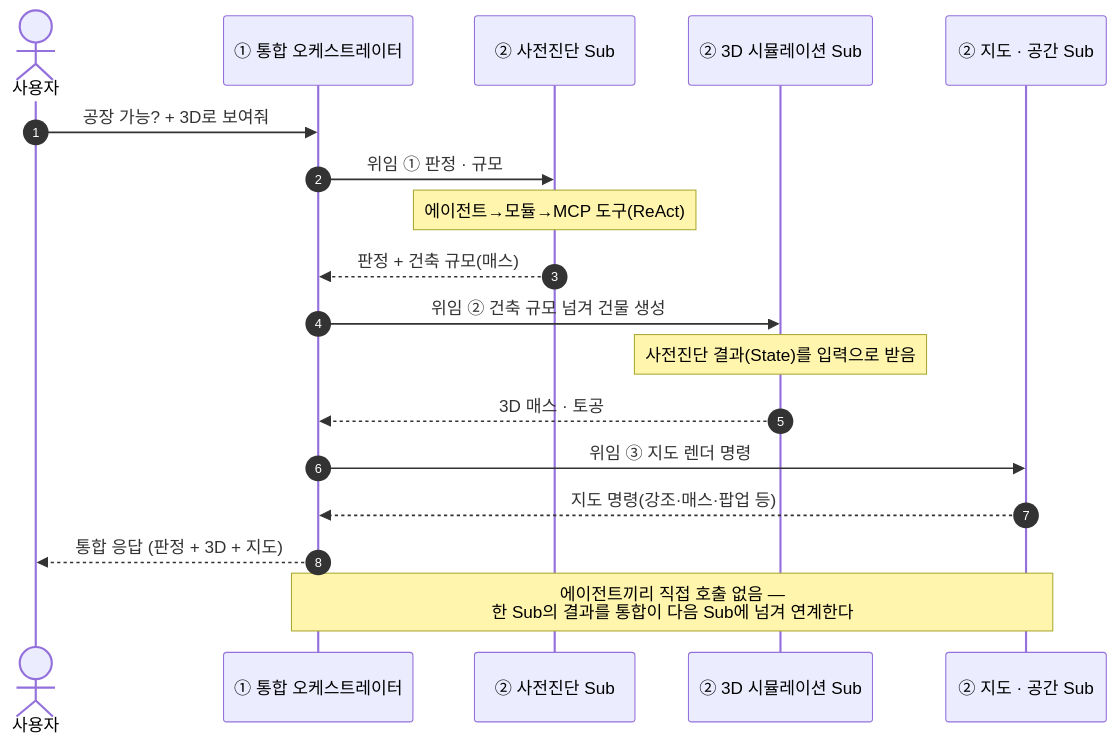
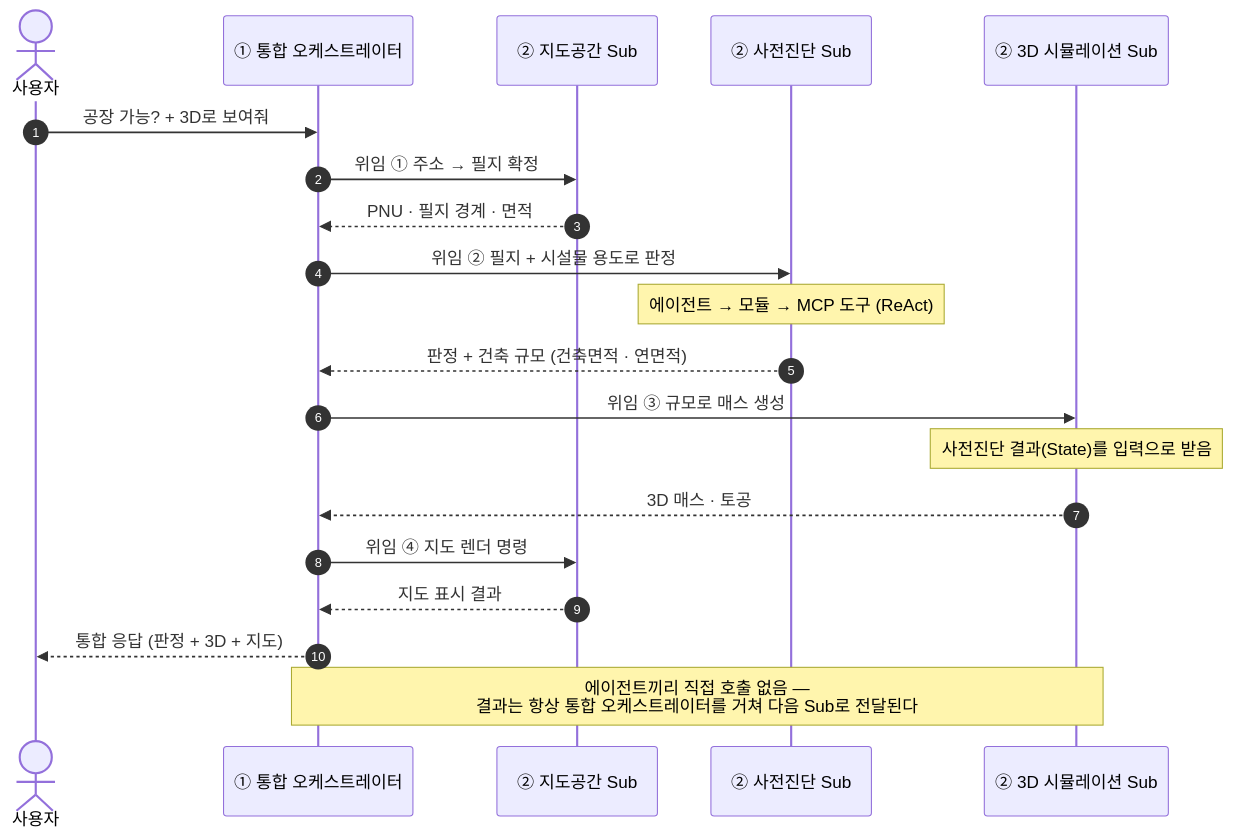
The eighth of 8 diagrams in docs/MCP-AGENT-SEQUENCE1.md (madlrengg100/permit-copilot), drawn with Mermaid before and after one commit. The commit also changed other lines of this file and 1 other file, not shown here.

Commit message:
MCP 4계층 에이전트 구조 문서 업데이트

````diff
--- a/docs/MCP-AGENT-SEQUENCE1.md
+++ b/docs/MCP-AGENT-SEQUENCE1.md
@@ -295,24 +449,28 @@
 ```mermaid
 sequenceDiagram
     autonumber
     actor U as 사용자
     participant IO as ① 통합 오케스트레이터
+    participant SM as ② 지도공간 Sub
     participant SD as ② 사전진단 Sub
     participant S3 as ② 3D 시뮬레이션 Sub
-    participant SM as ② 지도 · 공간 Sub
 
     U->>IO: 공장 가능? + 3D로 보여줘
-    IO->>SD: 위임 ① 판정 · 규모
-    Note over SD: 에이전트→모듈→MCP 도구(ReAct)
-    SD-->>IO: 판정 + 건축 규모(매스)
 
-    IO->>S3: 위임 ② 건축 규모 넘겨 건물 생성
+    IO->>SM: 위임 ① 주소 → 필지 확정
+    SM-->>IO: PNU · 필지 경계 · 면적
+
+    IO->>SD: 위임 ② 필지 + 시설물 용도로 판정
+    Note over SD: 에이전트 → 모듈 → MCP 도구 (ReAct)
+    SD-->>IO: 판정 + 건축 규모 (건축면적 · 연면적)
+
+    IO->>S3: 위임 ③ 규모로 매스 생성
     Note over S3: 사전진단 결과(State)를 입력으로 받음
     S3-->>IO: 3D 매스 · 토공
 
-    IO->>SM: 위임 ③ 지도 렌더 명령
-    SM-->>IO: 지도 명령(강조·매스·팝업 등)
+    IO->>SM: 위임 ④ 지도 렌더 명령
+    SM-->>IO: 지도 표시 결과
 
     IO-->>U: 통합 응답 (판정 + 3D + 지도)
-    Note over IO,SM: 에이전트끼리 직접 호출 없음 —<br/>한 Sub의 결과를 통합이 다음 Sub에 넘겨 연계한다
+    Note over IO,S3: 에이전트끼리 직접 호출 없음 —<br/>결과는 항상 통합 오케스트레이터를 거쳐 다음 Sub로 전달된다
 ```
````
